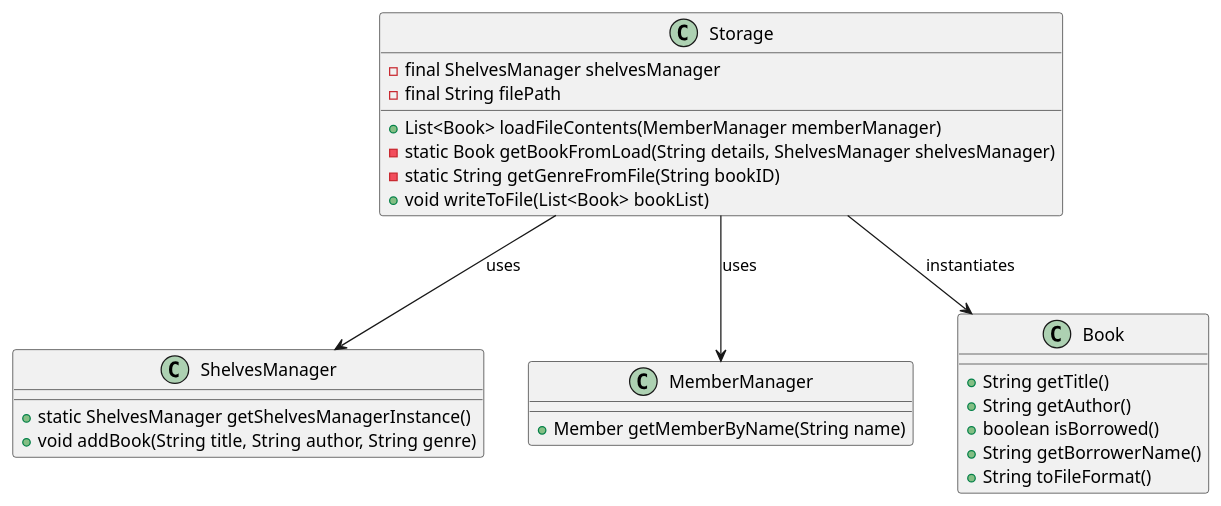
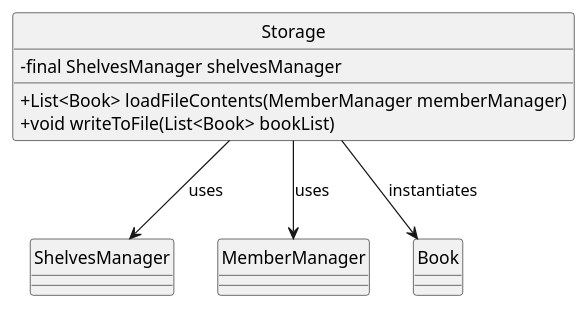
Before and after one commit to eth4n22/tp: the diagram in docs/diagrams/StorageClass.puml, drawn with PlantUML. The commit also changed other lines of this file and 6 other files, not shown here.

```diff
--- a/docs/diagrams/StorageClass.puml
+++ b/docs/diagrams/StorageClass.puml
@@ -2,33 +1,24 @@
 @startuml
+hide circle
+skinparam classAttributeIconSize 0
 
 class Storage {
     - final ShelvesManager shelvesManager
-    - final String filePath
 
     + List<Book> loadFileContents(MemberManager memberManager)
-    - static Book getBookFromLoad(String details, ShelvesManager shelvesManager)
-    - static String getGenreFromFile(String bookID)
     + void writeToFile(List<Book> bookList)
 }
 
 class ShelvesManager {
-    + static ShelvesManager getShelvesManagerInstance()
-    + void addBook(String title, String author, String genre)
 }
 
 class MemberManager {
-    + Member getMemberByName(String name)
 }
 
 class Book {
-    + String getTitle()
-    + String getAuthor()
-    + boolean isBorrowed()
-    + String getBorrowerName()
-    + String toFileFormat()
 }
 
 Storage --> ShelvesManager : uses
 Storage --> MemberManager : uses
 Storage --> Book : instantiates
 @enduml
```
